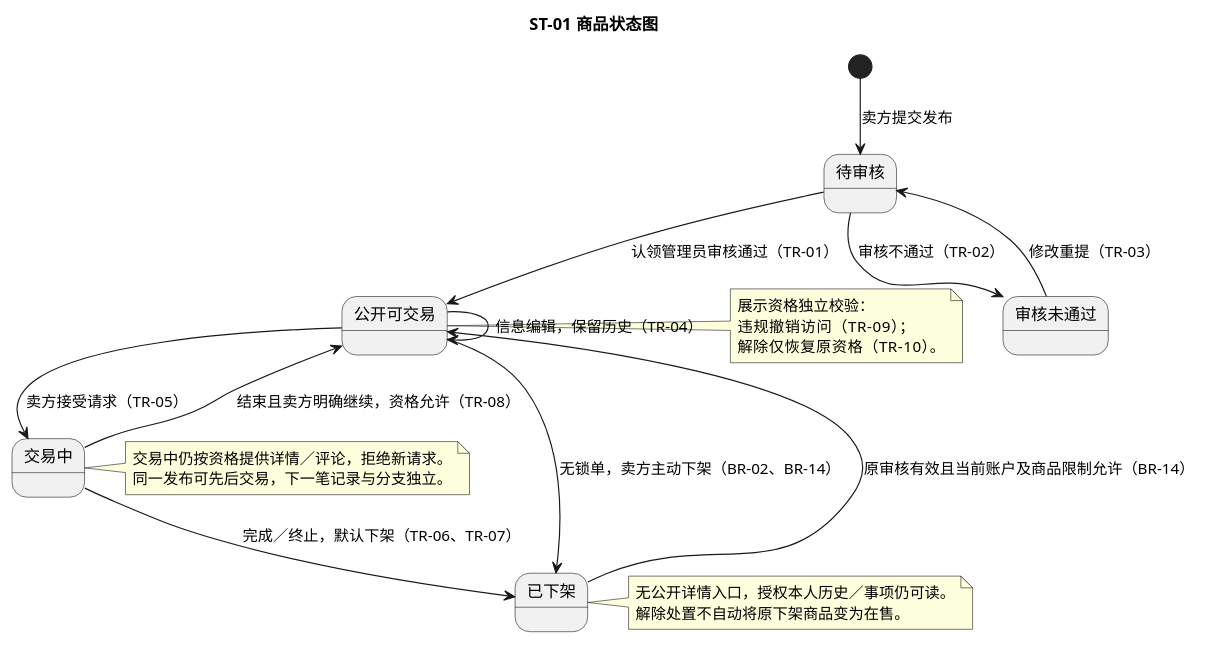
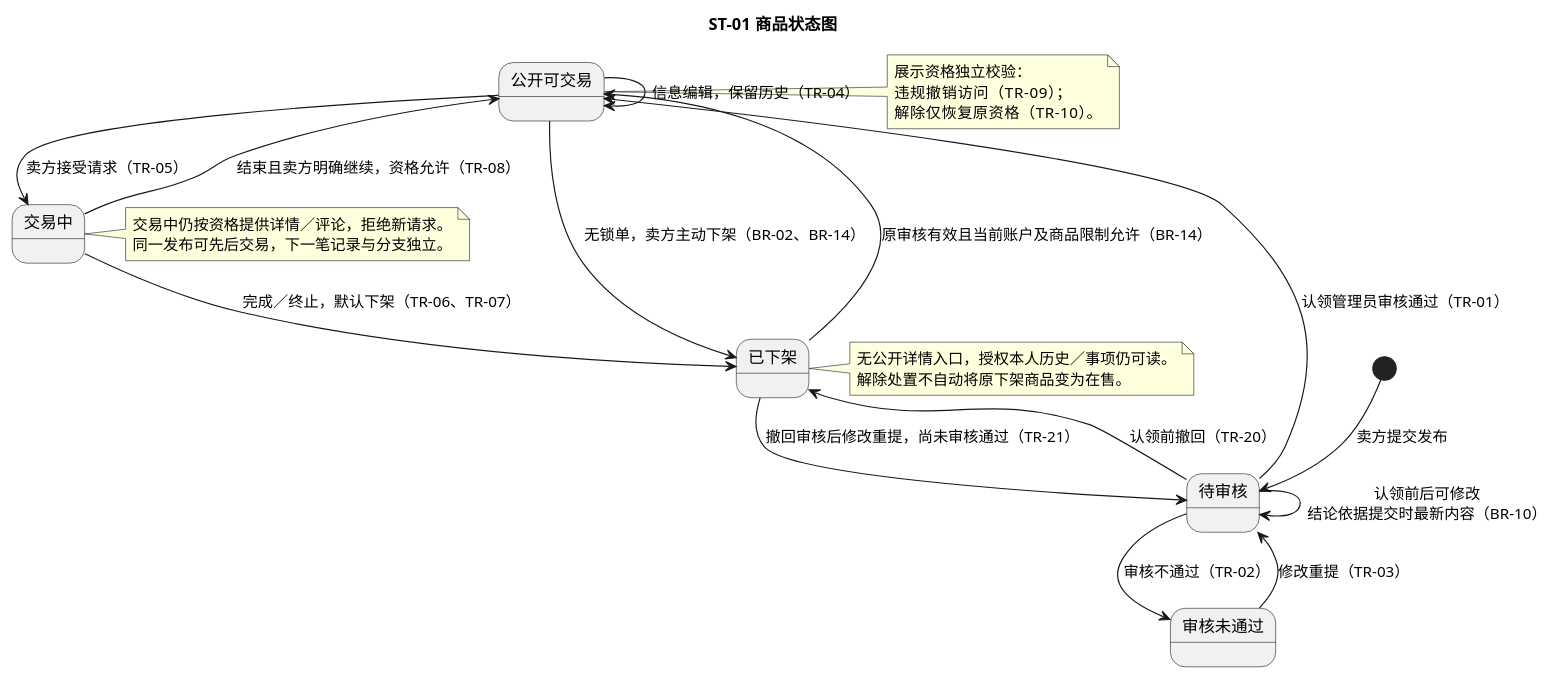
The diagram in docs/appendices/models/ST-01-商品状态图.puml (iy88/se-course-project-1), drawn with PlantUML before and after one commit. The commit also changed other lines of this file and 20 other files, not shown here.

```diff
--- a/docs/appendices/models/ST-01-商品状态图.puml
+++ b/docs/appendices/models/ST-01-商品状态图.puml
@@ -5,37 +5,40 @@
 @startuml
 skinparam defaultFontName "PingFang SC"
 skinparam shadowing false
 skinparam classAttributeIconSize 0
 skinparam nodesep 35
 skinparam ranksep 45
 hide empty members
 title ST-01 商品状态图
 state "待审核" as Pending
 state "审核未通过" as Rejected
 state "公开可交易" as Public
 state "交易中" as InTrade
 state "已下架" as OffShelf
 [*] --> Pending : 卖方提交发布
 Pending --> Public : 认领管理员审核通过（TR-01）
 Pending --> Rejected : 审核不通过（TR-02）
 Rejected --> Pending : 修改重提（TR-03）
+Pending --> Pending : 认领前后可修改\n结论依据提交时最新内容（BR-10）
+Pending --> OffShelf : 认领前撤回（TR-20）
+OffShelf --> Pending : 撤回审核后修改重提，尚未审核通过（TR-21）
 Public --> Public : 信息编辑，保留历史（TR-04）
 Public --> InTrade : 卖方接受请求（TR-05）
 InTrade --> OffShelf : 完成／终止，默认下架（TR-06、TR-07）
 InTrade --> Public : 结束且卖方明确继续，资格允许（TR-08）
 Public --> OffShelf : 无锁单，卖方主动下架（BR-02、BR-14）
 OffShelf --> Public : 原审核有效且当前账户及商品限制允许（BR-14）
 note right of Public
 展示资格独立校验：
 违规撤销访问（TR-09）；
 解除仅恢复原资格（TR-10）。
 end note
 note right of InTrade
 交易中仍按资格提供详情／评论，拒绝新请求。
 同一发布可先后交易，下一笔记录与分支独立。
 end note
 note right of OffShelf
 无公开详情入口，授权本人历史／事项仍可读。
 解除处置不自动将原下架商品变为在售。
 end note
 @enduml
```
